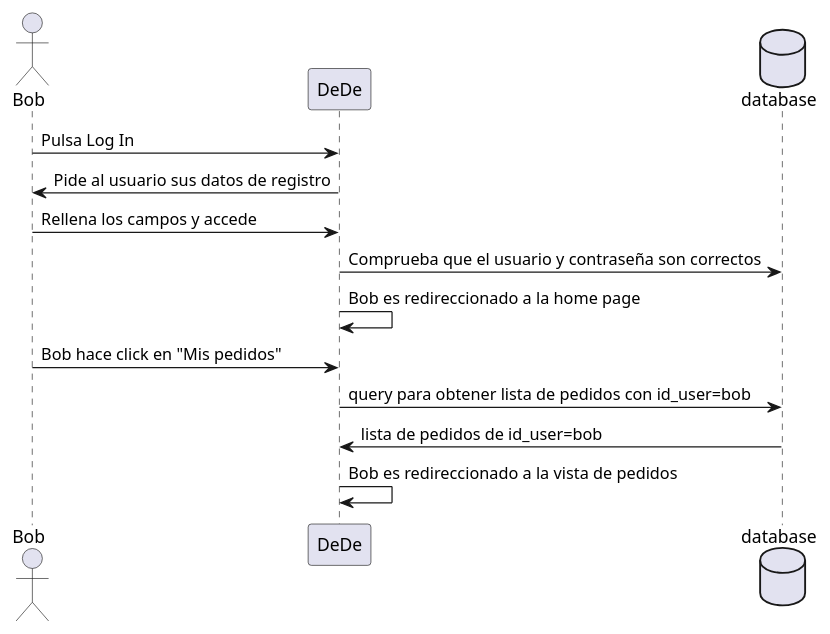
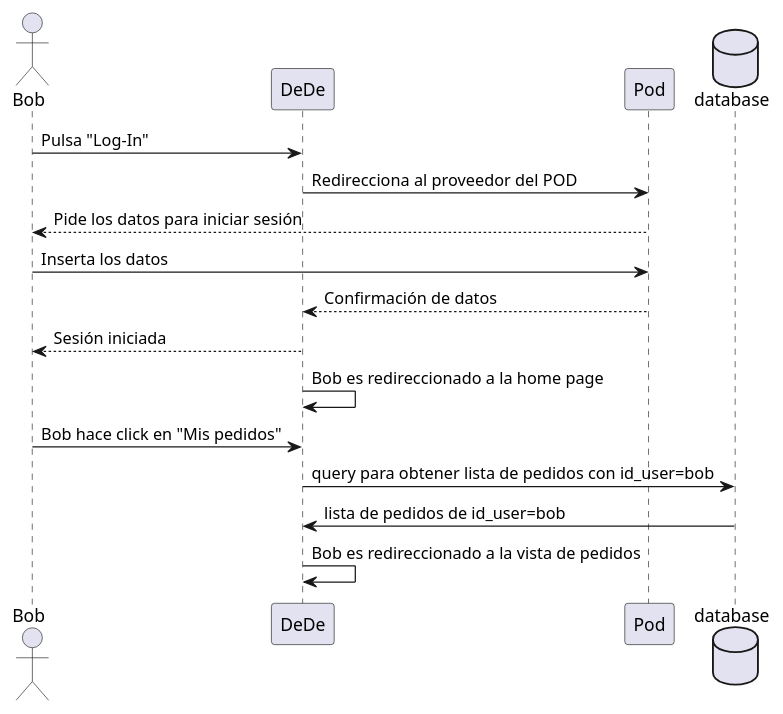
Before and after one commit to Arquisoft/dede_es6b: the fourth of 4 diagrams in docs/06_runtime_view.adoc, drawn with PlantUML. The commit also changed other lines of this file, not shown here.

```diff
--- a/docs/06_runtime_view.adoc
+++ b/docs/06_runtime_view.adoc
@@ -75,15 +81,18 @@
 [plantuml,"06_runtime_verPedido",png]
 ----
 actor Bob
 participant DeDe
+participant Pod
 database database
-Bob -> DeDe: Pulsa Log In
-DeDe -> Bob: Pide al usuario sus datos de registro
-Bob -> DeDe: Rellena los campos y accede
-DeDe -> database: Comprueba que el usuario y contraseña son correctos
+Bob -> DeDe: Pulsa "Log-In" 
+DeDe -> Pod: Redirecciona al proveedor del POD
+Bob <-- Pod: Pide los datos para iniciar sesión
+Bob -> Pod: Inserta los datos
+DeDe <-- Pod: Confirmación de datos
+Bob <-- DeDe: Sesión iniciada
 DeDe -> DeDe: Bob es redireccionado a la home page
 Bob -> DeDe: Bob hace click en "Mis pedidos"
 database <- DeDe: query para obtener lista de pedidos con id_user=bob
 database -> DeDe: lista de pedidos de id_user=bob
 DeDe -> DeDe: Bob es redireccionado a la vista de pedidos
 ----
```
